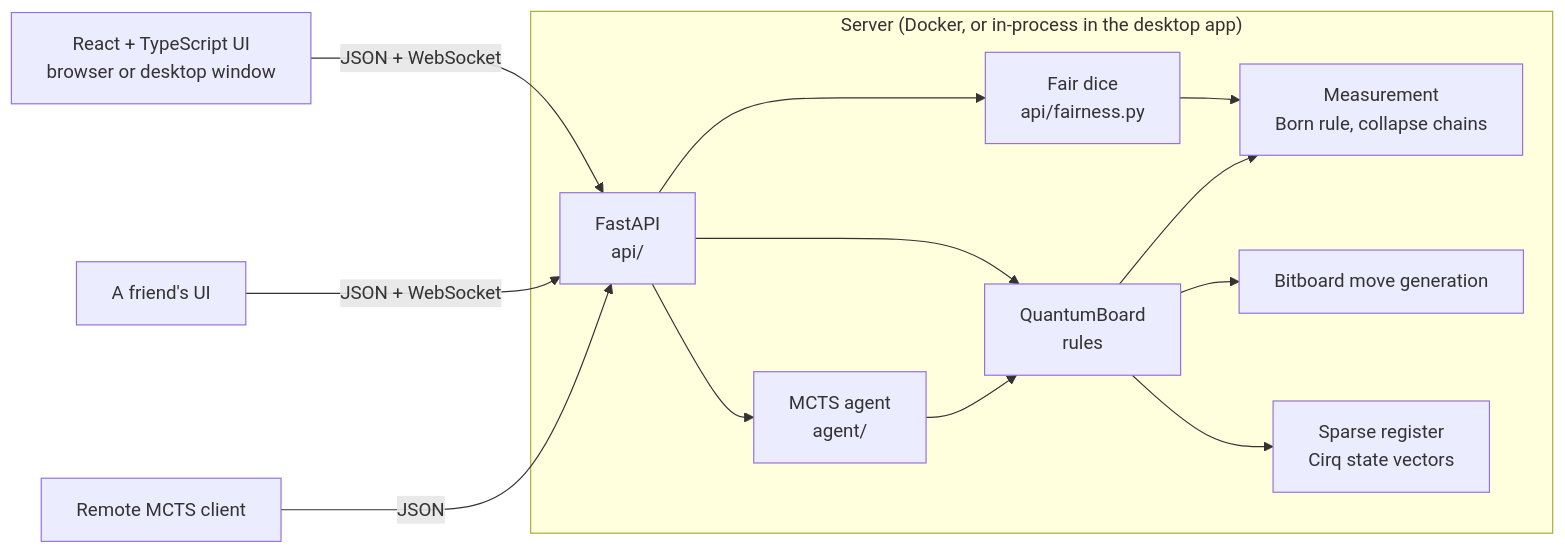
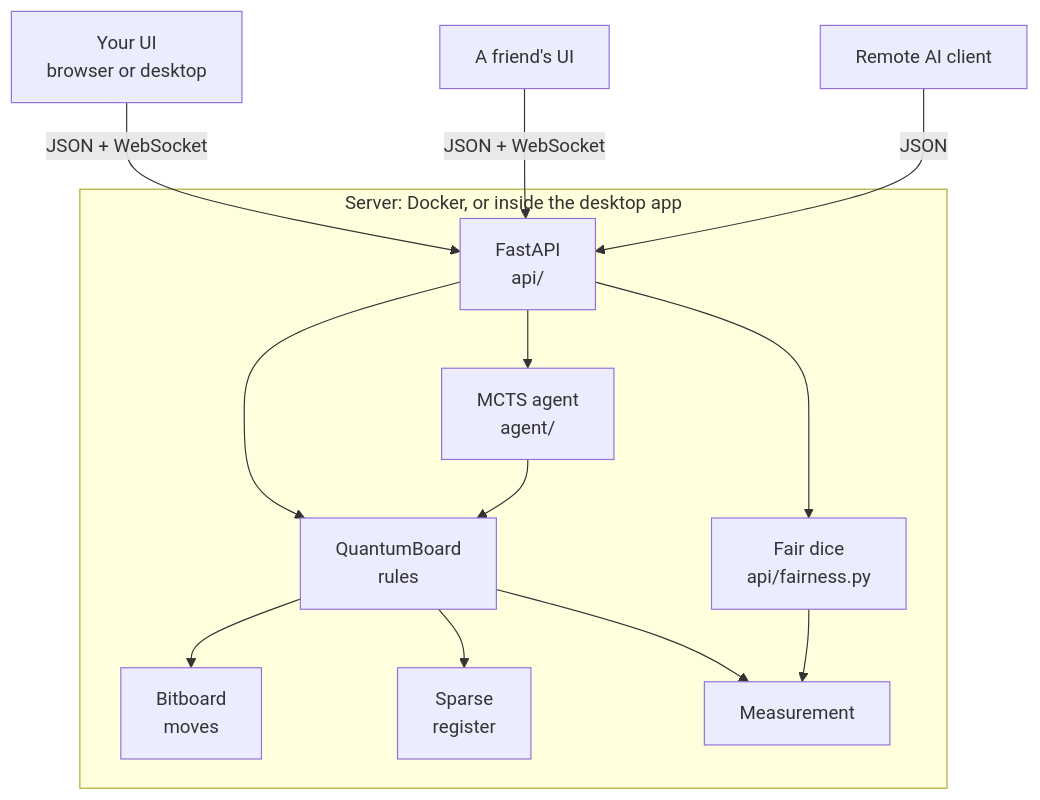
Before and after one commit to Andreas-Erick/Quantum-Chess-Engine: the diagram in README.md, drawn with Mermaid. The commit also changed other lines of this file and 14 other files, not shown here.

````diff
--- a/README.md
+++ b/README.md
@@ -217,16 +252,16 @@
 ```mermaid
-flowchart LR
-    UI["React + TypeScript UI<br/>browser or desktop window"] -- "JSON + WebSocket" --> API
+flowchart TD
+    UI["Your UI<br/>browser or desktop"] -- "JSON + WebSocket" --> API
     Friend["A friend's UI"] -- "JSON + WebSocket" --> API
-    Remote["Remote MCTS client"] -- JSON --> API
-    subgraph Server["Server (Docker, or in-process in the desktop app)"]
-        API["FastAPI<br/>api/"] --> Board
-        API --> MCTS["MCTS agent<br/>agent/"]
+    Remote["Remote AI client"] -- JSON --> API
+    subgraph Server["Server: Docker, or inside the desktop app"]
+        API["FastAPI<br/>api/"] --> MCTS["MCTS agent<br/>agent/"]
         API --> Dice["Fair dice<br/>api/fairness.py"]
-        MCTS --> Board
+        API --> Board
+        MCTS --> Board["QuantumBoard<br/>rules"]
+        Board --> Classical["Bitboard<br/>moves"]
+        Board --> Register["Sparse<br/>register"]
+        Board --> Resolver["Measurement"]
         Dice --> Resolver
-        Board["QuantumBoard<br/>rules"] --> Classical["Bitboard move generation"]
-        Board --> Register["Sparse register<br/>Cirq state vectors"]
-        Board --> Resolver["Measurement<br/>Born rule, collapse chains"]
     end
 ```
````
